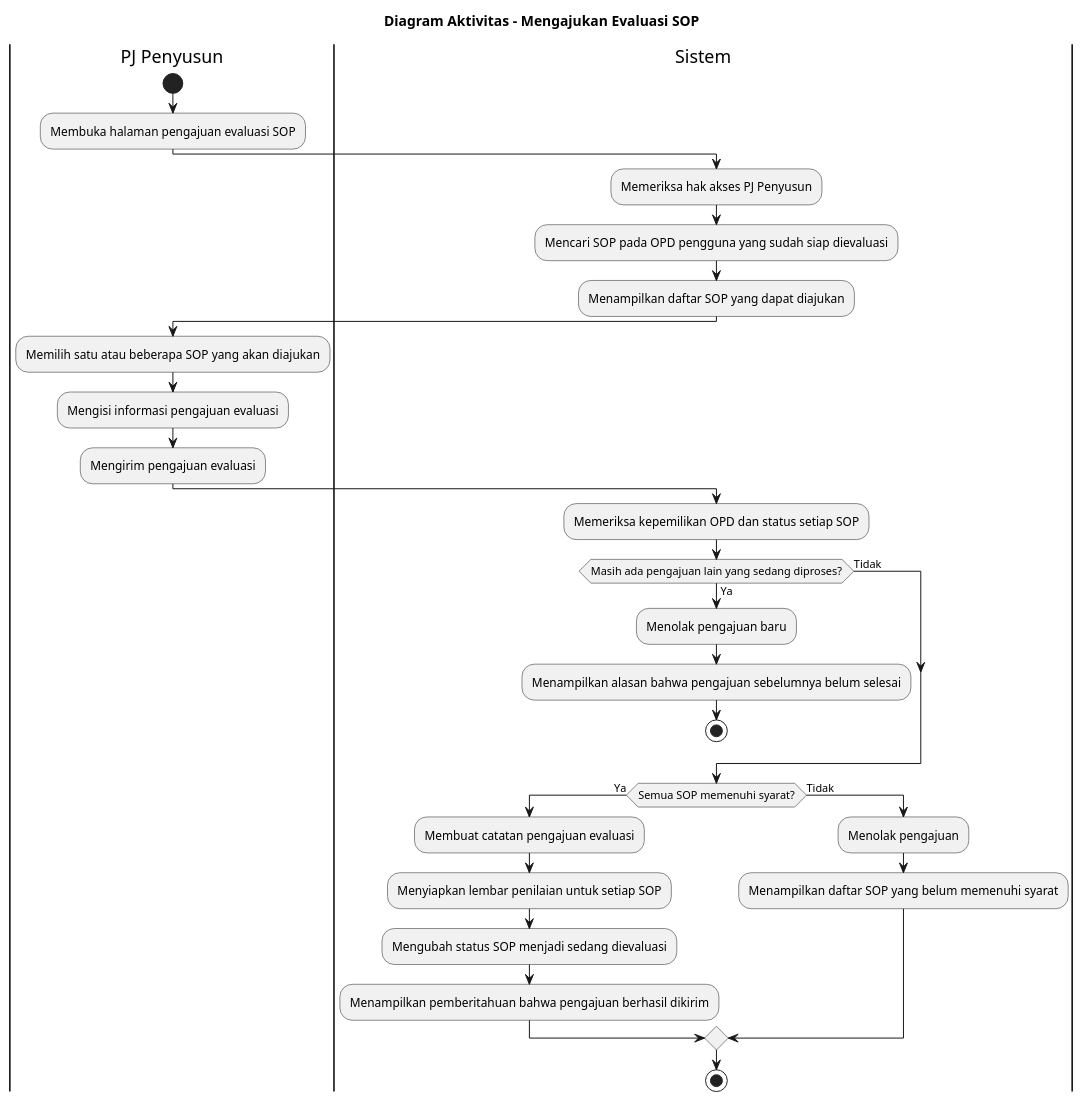
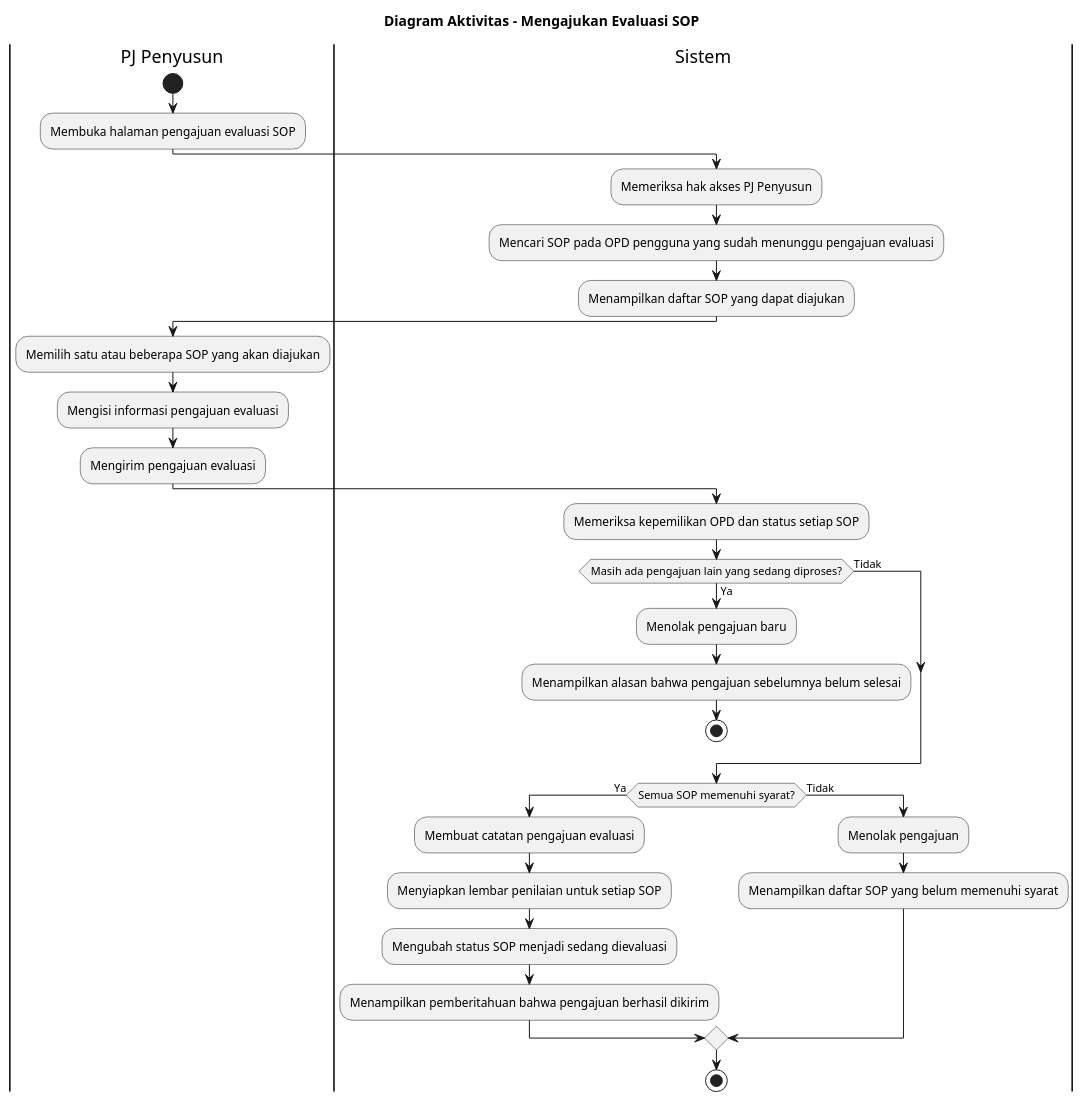
One commit to howlil/sop-generate-app changed the diagram in docs/activity-diagram/pj-penyusun-mengajukan-evaluasi-sop.md. Above: the diagram before and after it, drawn with PlantUML. The commit also changed 186 other files, not shown here.

````diff
--- a/docs/activity-diagram/pj-penyusun-mengajukan-evaluasi-sop.md
+++ b/docs/activity-diagram/pj-penyusun-mengajukan-evaluasi-sop.md
@@ -16,40 +16,40 @@
 ```plantuml
 @startuml
 title Diagram Aktivitas - Mengajukan Evaluasi SOP
 
 |PJ Penyusun|
 start
 :Membuka halaman pengajuan evaluasi SOP;
 
 |Sistem|
 :Memeriksa hak akses PJ Penyusun;
-:Mencari SOP pada OPD pengguna yang sudah siap dievaluasi;
+:Mencari SOP pada OPD pengguna yang sudah menunggu pengajuan evaluasi;
 :Menampilkan daftar SOP yang dapat diajukan;
 
 |PJ Penyusun|
 :Memilih satu atau beberapa SOP yang akan diajukan;
 :Mengisi informasi pengajuan evaluasi;
 :Mengirim pengajuan evaluasi;
 
 |Sistem|
 :Memeriksa kepemilikan OPD dan status setiap SOP;
 if (Masih ada pengajuan lain yang sedang diproses?) then (Ya)
   :Menolak pengajuan baru;
   :Menampilkan alasan bahwa pengajuan sebelumnya belum selesai;
   stop
 else (Tidak)
 endif
 
 if (Semua SOP memenuhi syarat?) then (Ya)
   :Membuat catatan pengajuan evaluasi;
   :Menyiapkan lembar penilaian untuk setiap SOP;
   :Mengubah status SOP menjadi sedang dievaluasi;
   :Menampilkan pemberitahuan bahwa pengajuan berhasil dikirim;
 else (Tidak)
   :Menolak pengajuan;
   :Menampilkan daftar SOP yang belum memenuhi syarat;
 endif
 
 stop
 @enduml
 ```
````
